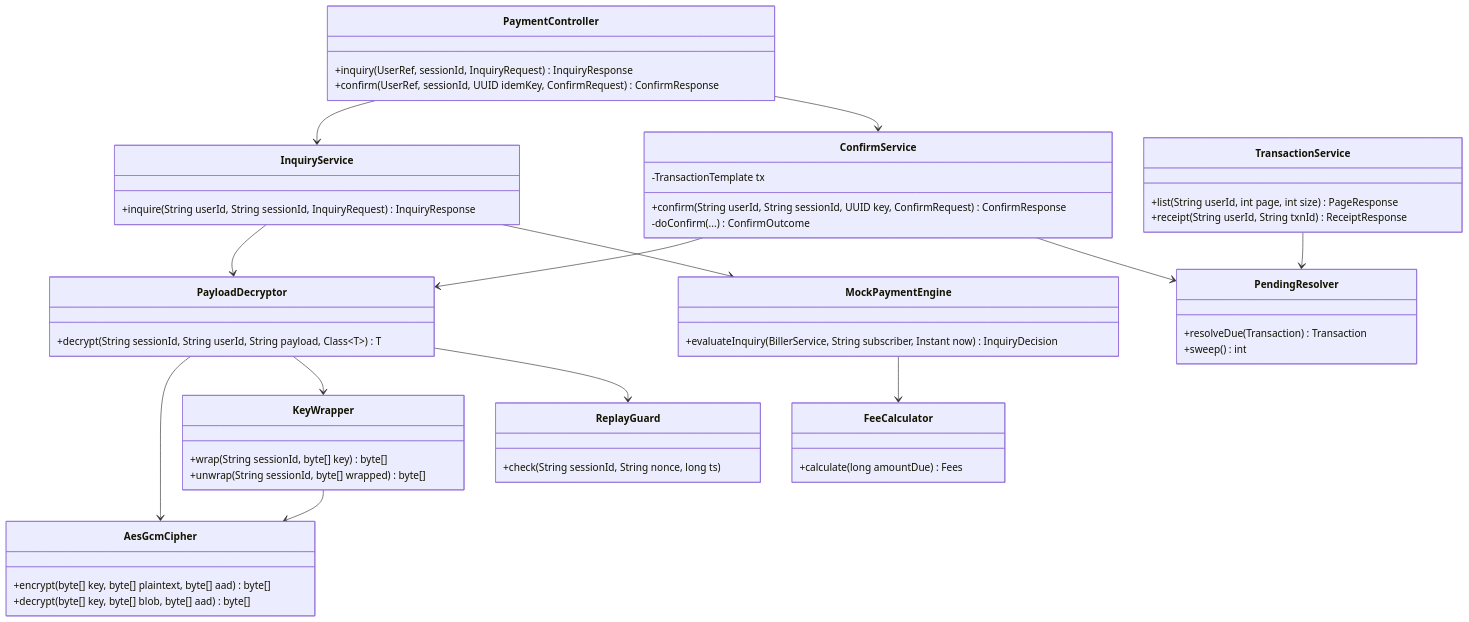
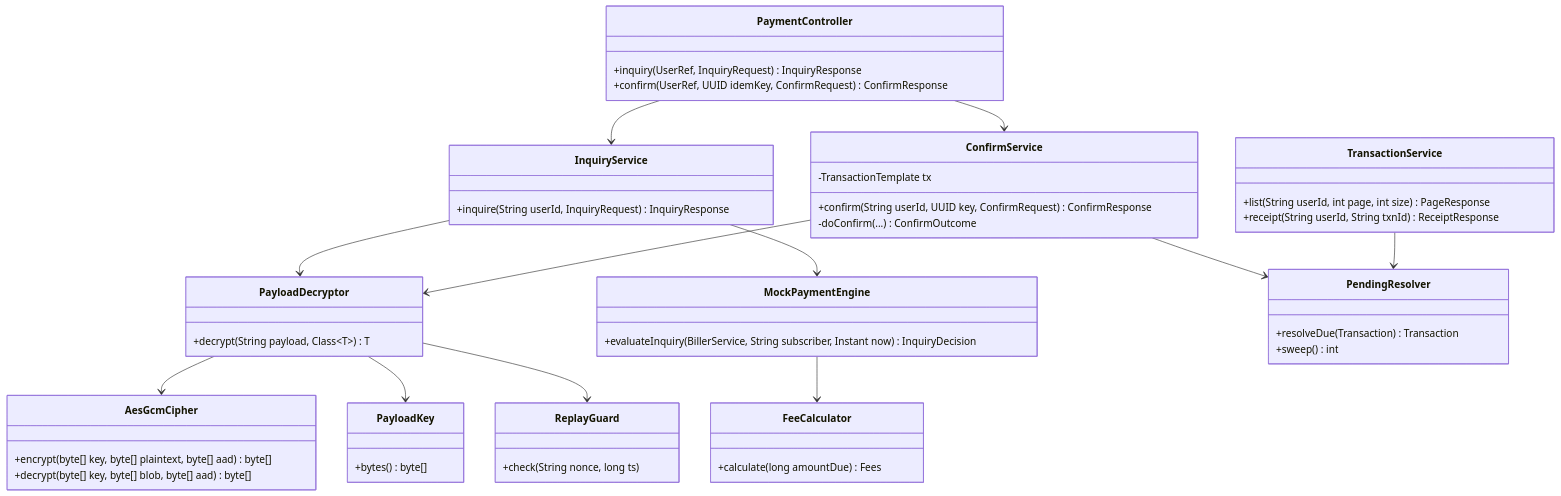
The diagram in docs/LLD.md (M-o-m-e-n/Momkn-pay-backend), drawn with Mermaid before and after one commit. The commit also changed other lines of this file and 3 other files, not shown here.

````diff
--- a/docs/LLD.md
+++ b/docs/LLD.md
@@ -129,56 +129,54 @@
 ```mermaid
 classDiagram
     class PaymentController {
-        +inquiry(UserRef, sessionId, InquiryRequest) InquiryResponse
-        +confirm(UserRef, sessionId, UUID idemKey, ConfirmRequest) ConfirmResponse
+        +inquiry(UserRef, InquiryRequest) InquiryResponse
+        +confirm(UserRef, UUID idemKey, ConfirmRequest) ConfirmResponse
     }
     class InquiryService {
-        +inquire(String userId, String sessionId, InquiryRequest) InquiryResponse
+        +inquire(String userId, InquiryRequest) InquiryResponse
     }
     class ConfirmService {
         -TransactionTemplate tx
-        +confirm(String userId, String sessionId, UUID key, ConfirmRequest) ConfirmResponse
+        +confirm(String userId, UUID key, ConfirmRequest) ConfirmResponse
         -doConfirm(...) ConfirmOutcome
     }
     class PayloadDecryptor {
-        +decrypt(String sessionId, String userId, String payload, Class~T~) T
+        +decrypt(String payload, Class~T~) T
     }
     class ReplayGuard {
-        +check(String sessionId, String nonce, long ts)
+        +check(String nonce, long ts)
     }
     class AesGcmCipher {
         +encrypt(byte[] key, byte[] plaintext, byte[] aad) byte[]
         +decrypt(byte[] key, byte[] blob, byte[] aad) byte[]
     }
-    class KeyWrapper {
-        +wrap(String sessionId, byte[] key) byte[]
-        +unwrap(String sessionId, byte[] wrapped) byte[]
+    class PayloadKey {
+        +bytes() byte[]
     }
     class MockPaymentEngine {
         +evaluateInquiry(BillerService, String subscriber, Instant now) InquiryDecision
     }
     class FeeCalculator {
         +calculate(long amountDue) Fees
     }
     class PendingResolver {
         +resolveDue(Transaction) Transaction
         +sweep() int
     }
     class TransactionService {
         +list(String userId, int page, int size) PageResponse
         +receipt(String userId, String txnId) ReceiptResponse
     }
 
     PaymentController --> InquiryService
     PaymentController --> ConfirmService
     InquiryService --> PayloadDecryptor
     InquiryService --> MockPaymentEngine
     ConfirmService --> PayloadDecryptor
     ConfirmService --> PendingResolver
     PayloadDecryptor --> AesGcmCipher
-    PayloadDecryptor --> KeyWrapper
+    PayloadDecryptor --> PayloadKey
     PayloadDecryptor --> ReplayGuard
-    KeyWrapper --> AesGcmCipher
     MockPaymentEngine --> FeeCalculator
     TransactionService --> PendingResolver
 ```
````
